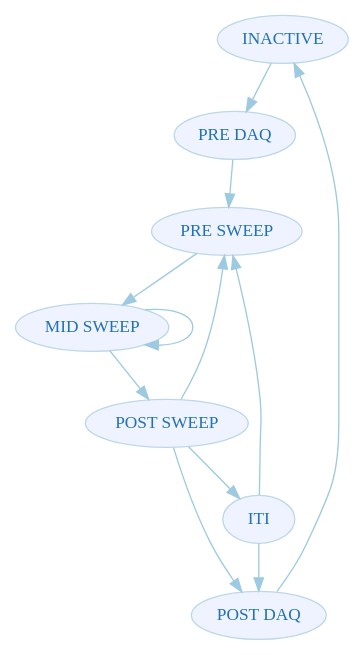
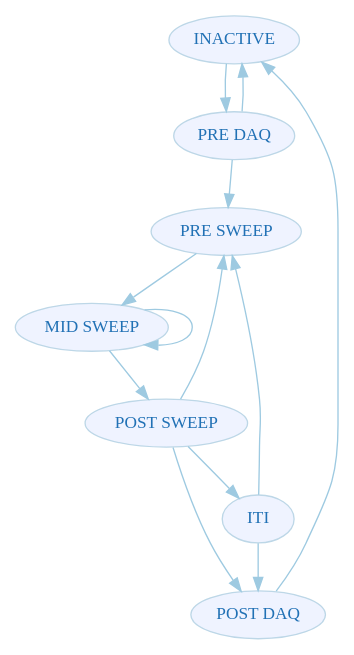
Before and after one commit to AllenInstitute/MIES: the diagram in Packages/doc/dot/acquisition-state-transitions.dot, drawn with Graphviz. The commit also changed 4 other files, not shown here.

```diff
--- a/Packages/doc/dot/acquisition-state-transitions.dot
+++ b/Packages/doc/dot/acquisition-state-transitions.dot
@@ -1,44 +1,47 @@
 digraph G {
     fontname="sans-serif";
     compound="true";
     ratio="0,01";
     center="true";
     penwidth="0.1";
     edge [comment="Wildcard edge",
           fontname="sans-serif",
           fontsize=10,
           colorscheme="blues3",
           color=2,
           fontcolor=3];
     node [fontname="serif",
           fontsize=13,
           fillcolor="1",
           colorscheme="blues4",
           color="2",
           fontcolor="4",
           style="filled"];
 
     "INACTIVE";
     "PRE DAQ";
     "PRE SWEEP";
     "MID SWEEP";
     "POST SWEEP";
     "ITI";
     "POST DAQ";
 
     "INACTIVE" -> "PRE DAQ";
+
     "PRE DAQ" -> "PRE SWEEP";
+    "PRE DAQ" -> "INACTIVE";
+
     "PRE SWEEP" -> "MID SWEEP";
 
     "MID SWEEP" -> "MID SWEEP";
     "MID SWEEP" -> "POST SWEEP";
 
     "POST SWEEP" -> "PRE SWEEP";
     "POST SWEEP" -> "ITI";
     "POST SWEEP" -> "POST DAQ";
 
     "ITI" -> "PRE SWEEP";
     "ITI" -> "POST DAQ";
 
     "POST DAQ" -> "INACTIVE";
 }
```
